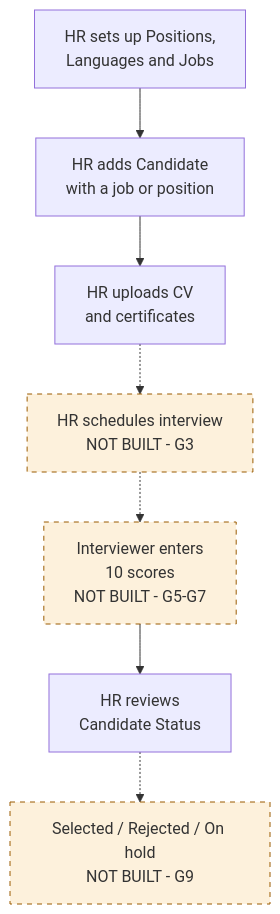
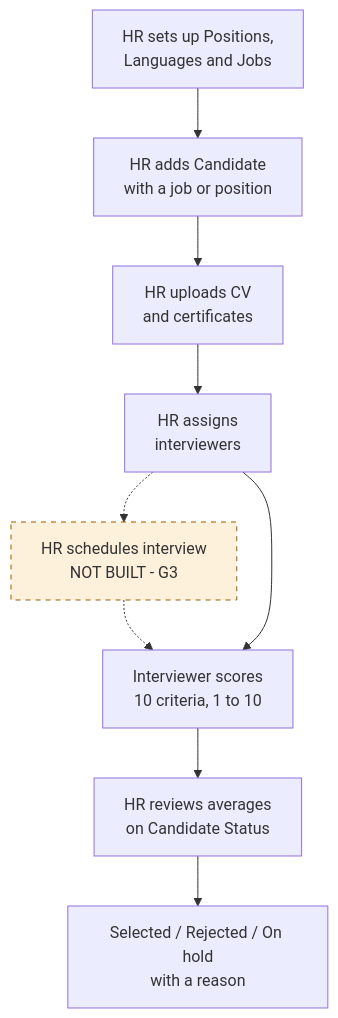
The diagram in docs/handbooks/src/diagrams/ba-process.mmd (rafitsabbir/RMS), drawn with Mermaid before and after one commit. The commit also changed 85 other files, not shown here.

```diff
--- a/docs/handbooks/src/diagrams/ba-process.mmd
+++ b/docs/handbooks/src/diagrams/ba-process.mmd
@@ -1,9 +1,11 @@
 flowchart TD
   A[HR sets up Positions,<br/>Languages and Jobs] --> B[HR adds Candidate<br/>with a job or position]
   B --> G[HR uploads CV<br/>and certificates]
-  G -.-> C[HR schedules interview<br/>NOT BUILT - G3]
-  C -.-> D[Interviewer enters<br/>10 scores<br/>NOT BUILT - G5-G7]
-  D --> E[HR reviews<br/>Candidate Status]
-  E -.-> F[Selected / Rejected / On hold<br/>NOT BUILT - G9]
+  G --> H[HR assigns<br/>interviewers]
+  H -.-> C[HR schedules interview<br/>NOT BUILT - G3]
+  C -.-> D[Interviewer scores<br/>10 criteria, 1 to 10]
+  H --> D
+  D --> E[HR reviews averages<br/>on Candidate Status]
+  E --> F[Selected / Rejected / On hold<br/>with a reason]
   classDef todo fill:#fdf1dc,stroke:#9a5b00,stroke-dasharray: 5 5
-  class C,D,F todo
+  class C todo
```
